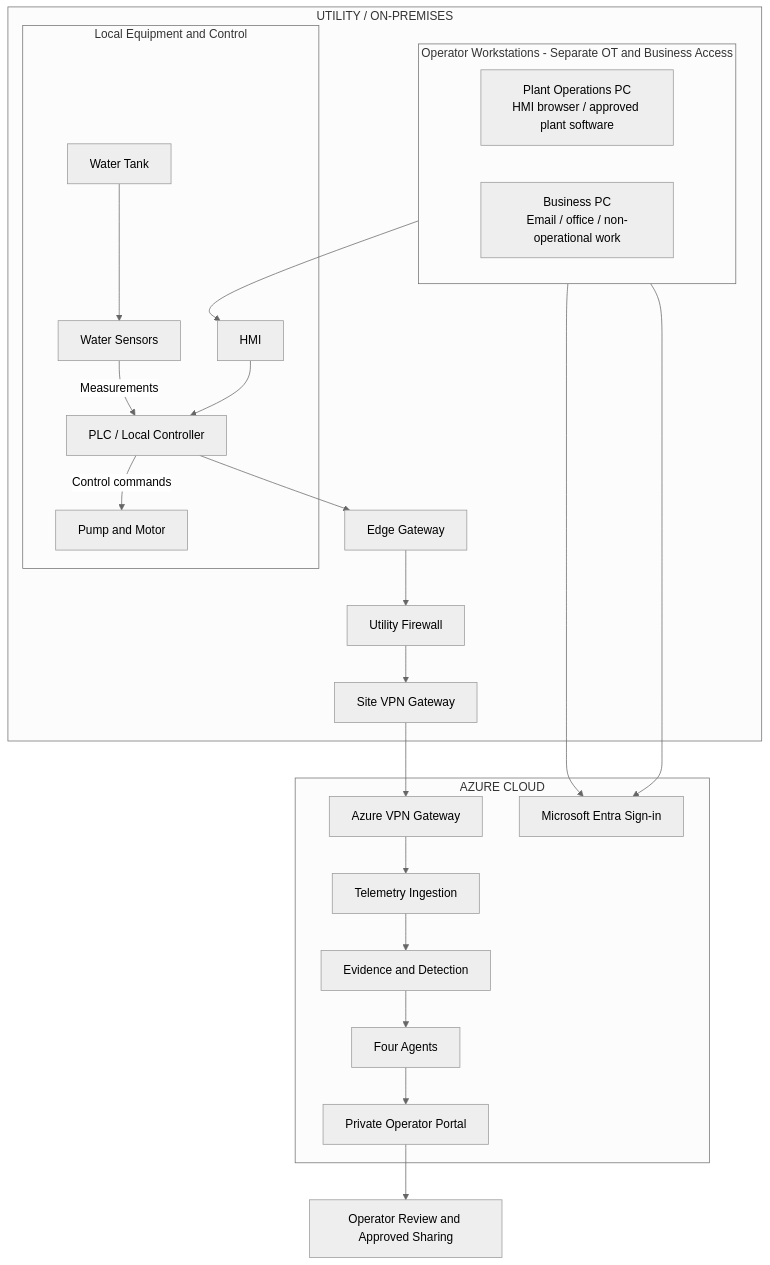
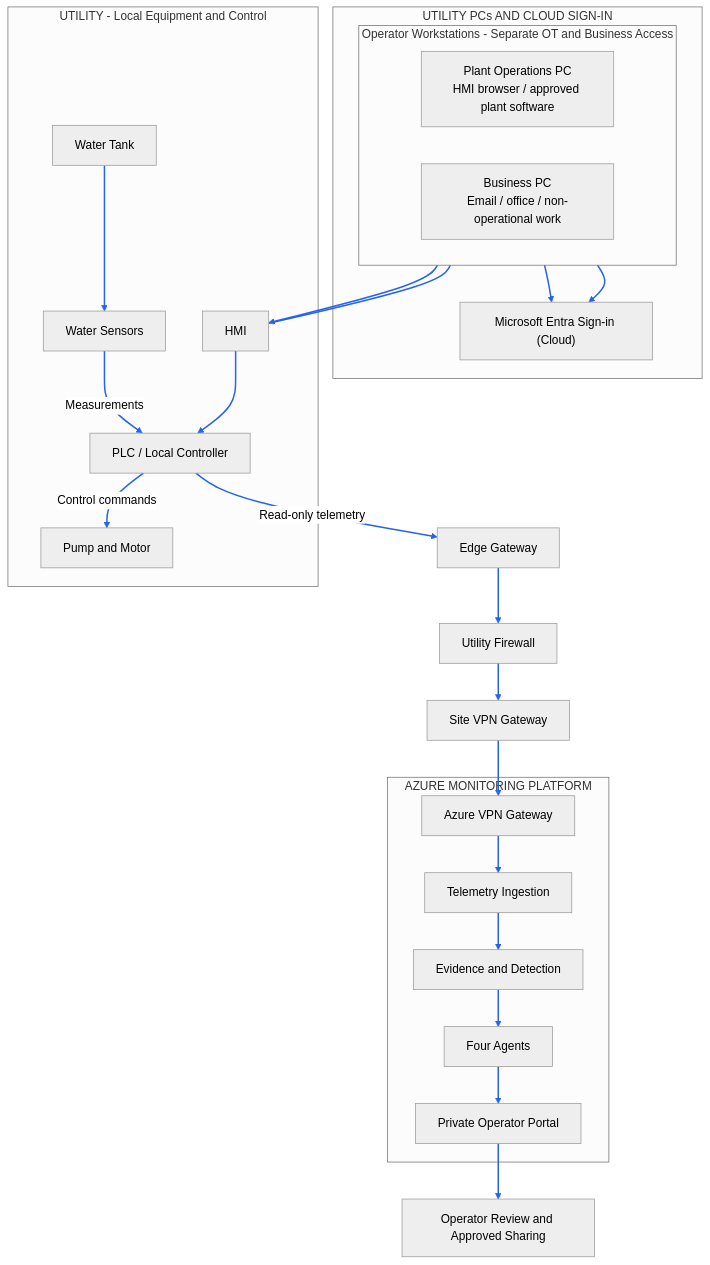
One commit to srvenkatms/WaterSupplyInisghtIQ changed the second of 2 diagrams in docs/target-architecture.md. Above: the diagram before and after it, drawn with Mermaid (neutral theme). The commit also changed other lines of this file, not shown here.

Commit message:
Clarify visible sign-in and PLC telemetry flow arrows

````diff
--- a/docs/target-architecture.md
+++ b/docs/target-architecture.md
@@ -146,43 +146,51 @@
 ```mermaid
 flowchart TB
-  subgraph Site["UTILITY / ON-PREMISES"]
+  subgraph Access["UTILITY PCs AND CLOUD SIGN-IN"]
     subgraph Workstations["Operator Workstations - Separate OT and Business Access"]
       direction LR
       Desktop["Plant Operations PC<br/>HMI browser / approved plant software"]
       BusinessPC["Business PC<br/>Email / office / non-operational work"]
     end
-    subgraph Equipment["Local Equipment and Control"]
-      Tank["Water Tank"]
-      Sensors["Water Sensors"]
-      PLC["PLC / Local Controller"]
-      Pump["Pump and Motor"]
-      HMI["HMI"]
-      Tank --> Sensors
-      Sensors -->|"Measurements"| PLC
-      PLC -->|"Control commands"| Pump
-      HMI --> PLC
-    end
-    Gateway["Edge Gateway"]
-    Firewall["Utility Firewall"]
-    SiteVPN["Site VPN Gateway"]
-    Desktop --> HMI
-    %% Layout-only link aligns the PCs; business-to-HMI access is prohibited.
-    BusinessPC ~~~ HMI
-    PLC --> Gateway --> Firewall --> SiteVPN
+    Entra["Microsoft Entra Sign-in (Cloud)"]
+    Desktop --> Entra
+    BusinessPC --> Entra
   end
 
-  subgraph Cloud["AZURE CLOUD"]
-    Entra["Microsoft Entra Sign-in"]
+  subgraph Equipment["UTILITY - Local Equipment and Control"]
+    Tank["Water Tank"]
+    Sensors["Water Sensors"]
+    PLC["PLC / Local Controller"]
+    Pump["Pump and Motor"]
+    HMI["HMI"]
+    Tank --> Sensors
+    Sensors -->|"Measurements"| PLC
+    PLC -->|"Control commands"| Pump
+    HMI --> PLC
+  end
+
+  Gateway["Edge Gateway"]
+  Firewall["Utility Firewall"]
+  SiteVPN["Site VPN Gateway"]
+  Desktop --> HMI
+  %% Layout-only link aligns the PCs; business-to-HMI access is prohibited.
+  BusinessPC ~~~ HMI
+  PLC -->|"Read-only telemetry"| Gateway
+  Gateway --> Firewall
+  Firewall --> SiteVPN
+
+  subgraph Cloud["AZURE MONITORING PLATFORM"]
     CloudVPN["Azure VPN Gateway"]
     Ingestion["Telemetry Ingestion"]
     Evidence["Evidence and Detection"]
     Agents["Four Agents"]
     Portal["Private Operator Portal"]
-    CloudVPN --> Ingestion --> Evidence --> Agents --> Portal
+    CloudVPN --> Ingestion
+    Ingestion --> Evidence
+    Evidence --> Agents
+    Agents --> Portal
   end
 
   SiteVPN --> CloudVPN
   Portal --> Review["Operator Review and Approved Sharing"]
-  Desktop --> Entra
-  BusinessPC --> Entra
+  linkStyle default stroke:#2563eb,stroke-width:2px;
 ```
````
